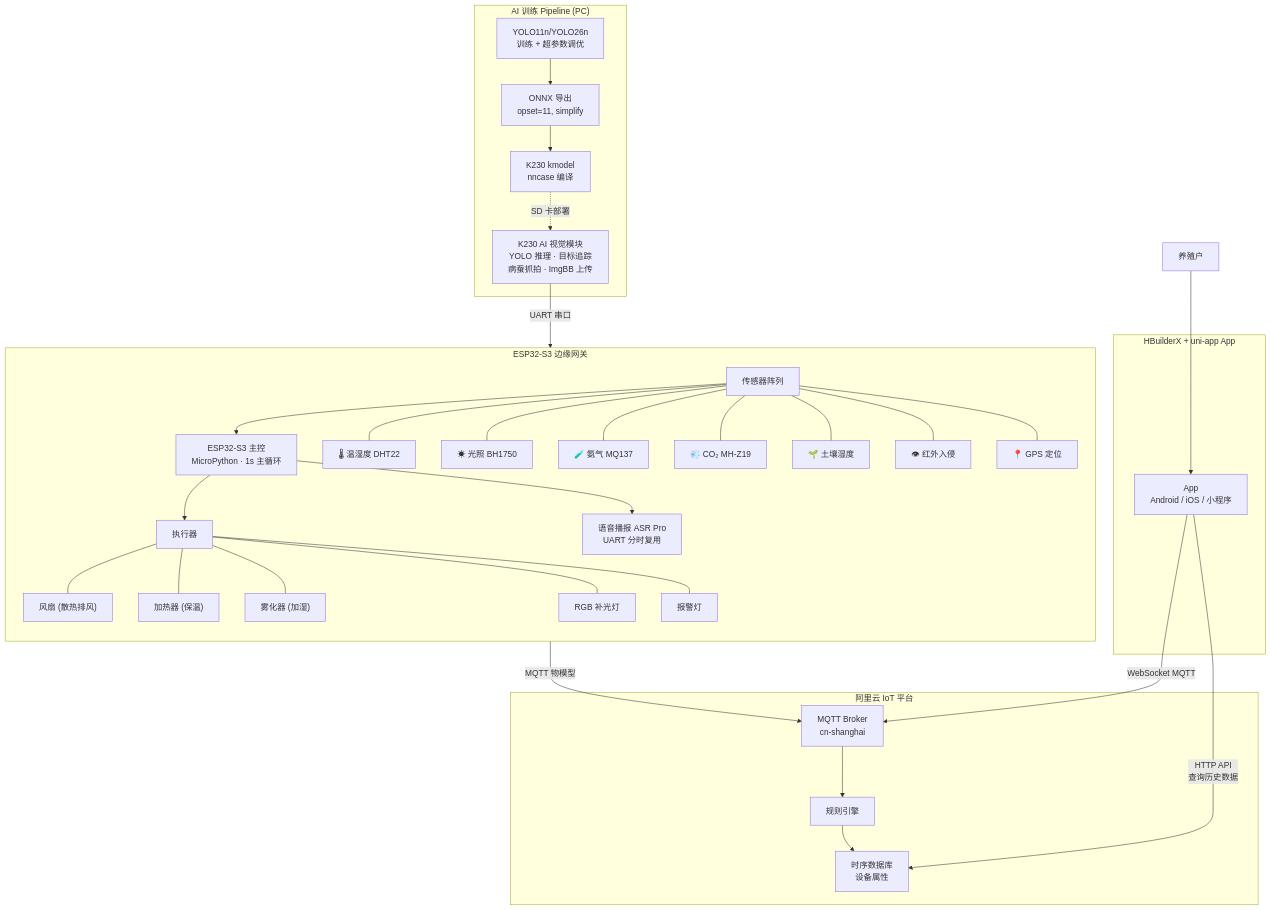
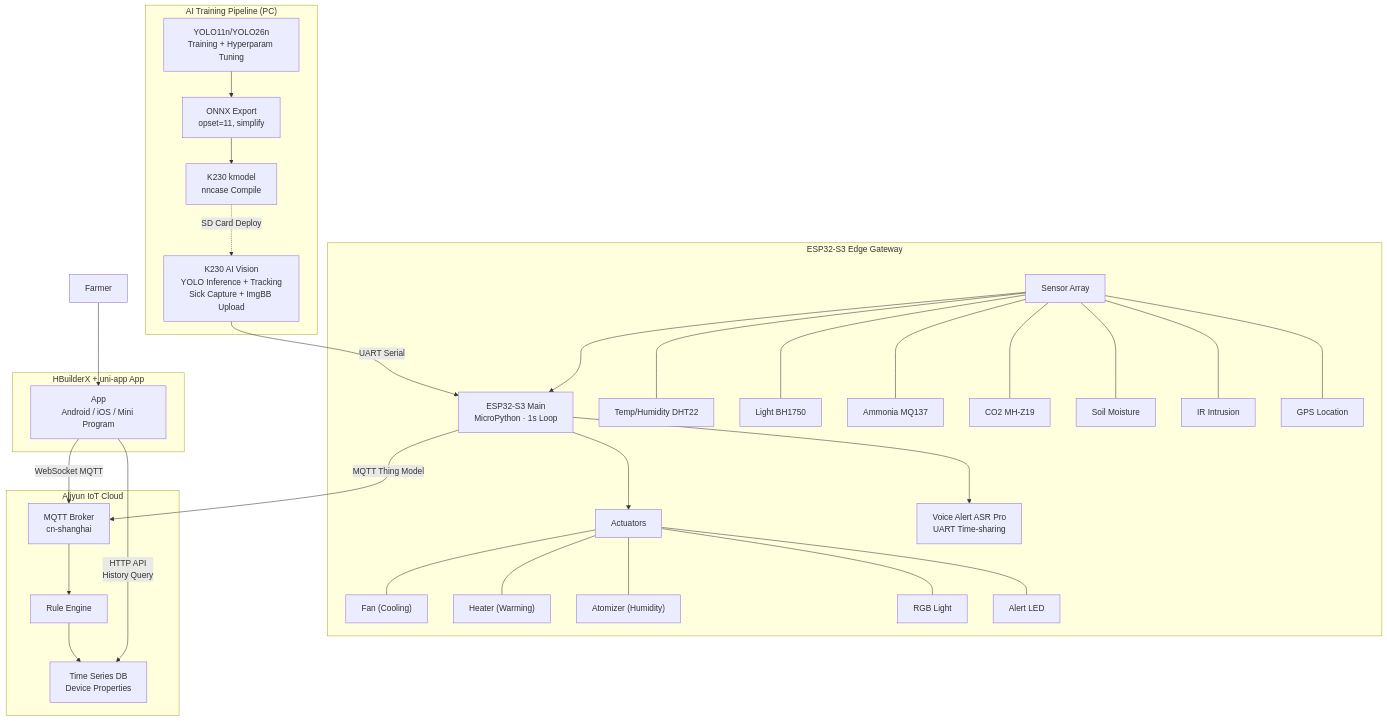
The diagram in README.md (ireneadler258-create/silkworm), drawn with Mermaid before and after one commit. The commit also changed other lines of this file and 20 other files, not shown here.

````diff
--- a/README.md
+++ b/README.md
@@ -11,43 +11,42 @@
 ```mermaid
 flowchart TB
-    subgraph "AI 训练 Pipeline (PC)"
-        YOLO[YOLO11n/YOLO26n<br/>训练 + 超参数调优] --> ONNX[ONNX 导出<br/>opset=11, simplify]
-        ONNX --> KMODEL[K230 kmodel<br/>nncase 编译] -.->|SD 卡部署| K230
+    subgraph "AI Training Pipeline (PC)"
+        YOLO[YOLO11n/YOLO26n<br/>Training + Hyperparam Tuning] --> ONNX[ONNX Export<br/>opset=11, simplify]
+        ONNX --> KMODEL[K230 kmodel<br/>nncase Compile] -.->|SD Card Deploy| K230
     end
 
-    subgraph "ESP32-S3 边缘网关"
-        direction TB
-        K230[K230 AI 视觉模块<br/>YOLO 推理 · 目标追踪<br/>病蚕抓拍 · ImgBB 上传] -->|UART 串口| ESP32[ESP32-S3 主控<br/>MicroPython · 1s 主循环]
-        
-        SENSORS[传感器阵列] --> ESP32
-        SENSORS --- DHT22["🌡 温湿度 DHT22"]
-        SENSORS --- BH1750["☀ 光照 BH1750"]
-        SENSORS --- MQ137["🧪 氨气 MQ137"]
-        SENSORS --- MHZ19["💨 CO₂ MH-Z19"]
-        SENSORS --- SOIL["🌱 土壤湿度"]
-        SENSORS --- IR["👁 红外入侵"]
-        SENSORS --- GPS["📍 GPS 定位"]
-        
-        ESP32 --> ACTUATORS[执行器]
-        ACTUATORS --- FAN["风扇 (散热排风)"]
-        ACTUATORS --- HEATER["加热器 (保温)"]
-        ACTUATORS --- ATOMIZER["雾化器 (加湿)"]
-        ACTUATORS --- RGB["RGB 补光灯"]
-        ACTUATORS --- ALERT["报警灯"]
-        
-        ESP32 --> VOICE["语音播报 ASR Pro<br/>UART 分时复用"]
+    subgraph "ESP32-S3 Edge Gateway"
+        K230[K230 AI Vision<br/>YOLO Inference + Tracking<br/>Sick Capture + ImgBB Upload] -->|UART Serial| ESP32[ESP32-S3 Main<br/>MicroPython · 1s Loop]
+
+        SENSORS[Sensor Array] --> ESP32
+        SENSORS --- DHT22["Temp/Humidity DHT22"]
+        SENSORS --- BH1750["Light BH1750"]
+        SENSORS --- MQ137["Ammonia MQ137"]
+        SENSORS --- MHZ19["CO2 MH-Z19"]
+        SENSORS --- SOIL["Soil Moisture"]
+        SENSORS --- IR["IR Intrusion"]
+        SENSORS --- GPS["GPS Location"]
+
+        ESP32 --> ACTUATORS[Actuators]
+        ACTUATORS --- FAN["Fan (Cooling)"]
+        ACTUATORS --- HEATER["Heater (Warming)"]
+        ACTUATORS --- ATOMIZER["Atomizer (Humidity)"]
+        ACTUATORS --- RGB["RGB Light"]
+        ACTUATORS --- ALERT["Alert LED"]
+
+        ESP32 --> VOICE["Voice Alert ASR Pro<br/>UART Time-sharing"]
     end
 
-    subgraph "阿里云 IoT 平台"
-        MQTT["MQTT Broker<br/>cn-shanghai"] --> RULES[规则引擎]
-        RULES --> TSDB[时序数据库<br/>设备属性]
+    subgraph "Aliyun IoT Cloud"
+        MQTT["MQTT Broker<br/>cn-shanghai"] --> RULES[Rule Engine]
+        RULES --> TSDB[Time Series DB<br/>Device Properties]
     end
 
     subgraph "HBuilderX + uni-app App"
-        APP[App<br/>Android / iOS / 小程序] -->|WebSocket MQTT| MQTT
-        APP -->|HTTP API<br/>查询历史数据| TSDB
+        APP[App<br/>Android / iOS / Mini Program] -->|WebSocket MQTT| MQTT
+        APP -->|HTTP API<br/>History Query| TSDB
     end
 
-    ESP32 -->|MQTT 物模型| MQTT
-    USER[养殖户] --> APP
+    ESP32 -->|MQTT Thing Model| MQTT
+    USER[Farmer] --> APP
 ```
````
